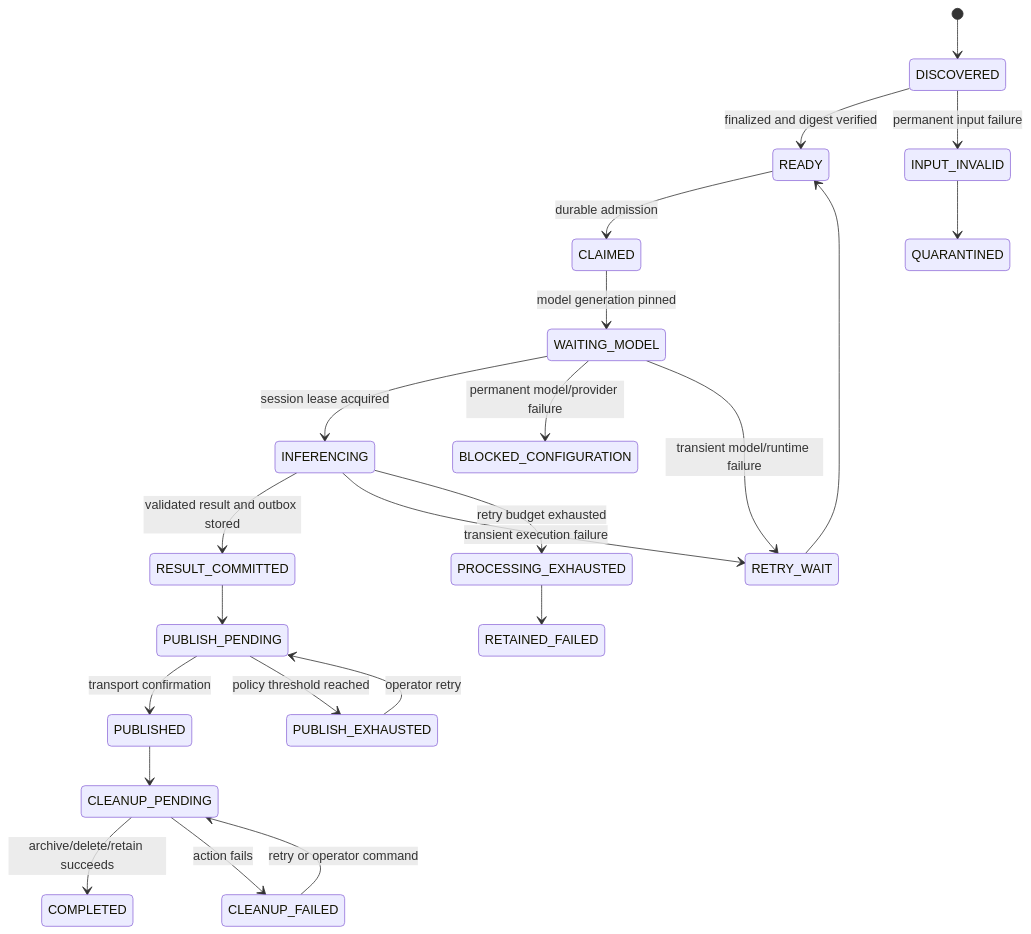
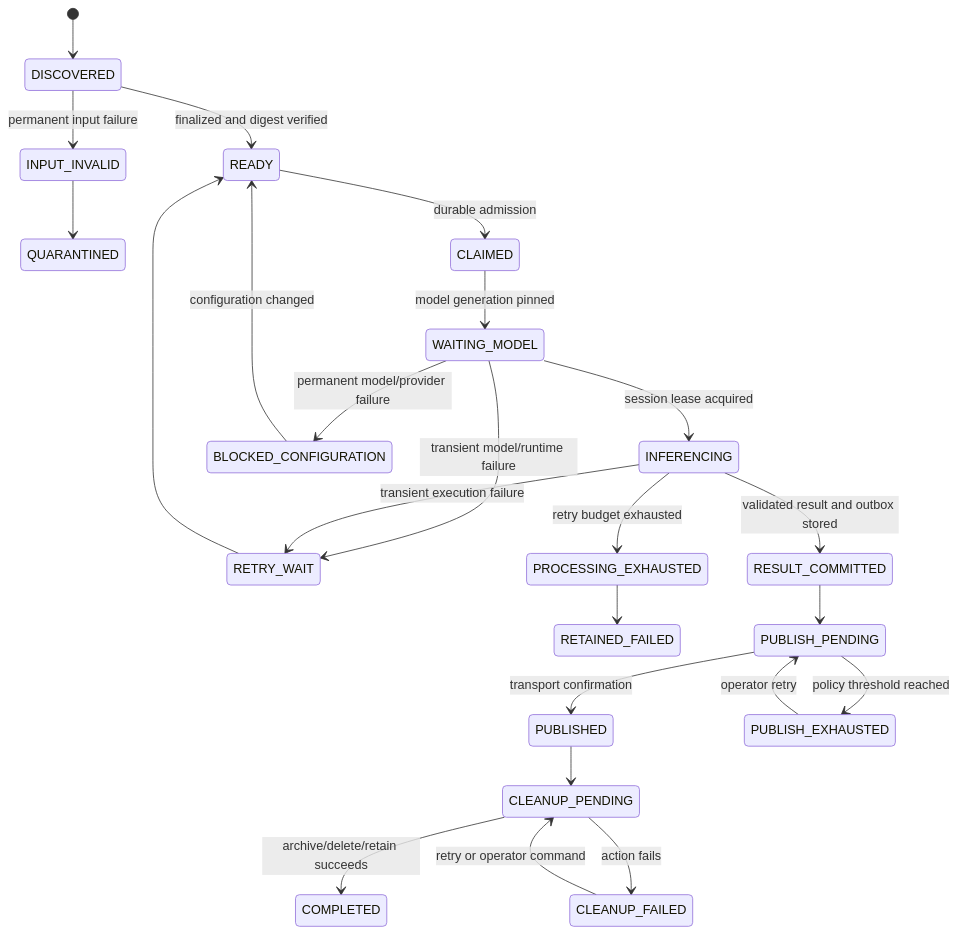
One commit to edgecommons/image-processor changed the third of 3 diagrams in DESIGN.md. Above: the diagram before and after it, drawn with Mermaid. The commit also changed other lines of this file and 25 other files, not shown here.

````diff
--- a/DESIGN.md
+++ b/DESIGN.md
@@ -221,25 +221,26 @@
 ```mermaid
 stateDiagram-v2
     [*] --> DISCOVERED
     DISCOVERED --> READY: finalized and digest verified
     DISCOVERED --> INPUT_INVALID: permanent input failure
     INPUT_INVALID --> QUARANTINED
     READY --> CLAIMED: durable admission
     CLAIMED --> WAITING_MODEL: model generation pinned
     WAITING_MODEL --> INFERENCING: session lease acquired
     WAITING_MODEL --> BLOCKED_CONFIGURATION: permanent model/provider failure
     WAITING_MODEL --> RETRY_WAIT: transient model/runtime failure
     INFERENCING --> RESULT_COMMITTED: validated result and outbox stored
     INFERENCING --> RETRY_WAIT: transient execution failure
     INFERENCING --> PROCESSING_EXHAUSTED: retry budget exhausted
     PROCESSING_EXHAUSTED --> RETAINED_FAILED
     RESULT_COMMITTED --> PUBLISH_PENDING
     PUBLISH_PENDING --> PUBLISHED: transport confirmation
     PUBLISH_PENDING --> PUBLISH_EXHAUSTED: policy threshold reached
     PUBLISH_EXHAUSTED --> PUBLISH_PENDING: operator retry
     PUBLISHED --> CLEANUP_PENDING
     CLEANUP_PENDING --> COMPLETED: archive/delete/retain succeeds
     CLEANUP_PENDING --> CLEANUP_FAILED: action fails
     CLEANUP_FAILED --> CLEANUP_PENDING: retry or operator command
     RETRY_WAIT --> READY
+    BLOCKED_CONFIGURATION --> READY: configuration changed
 ```
````
